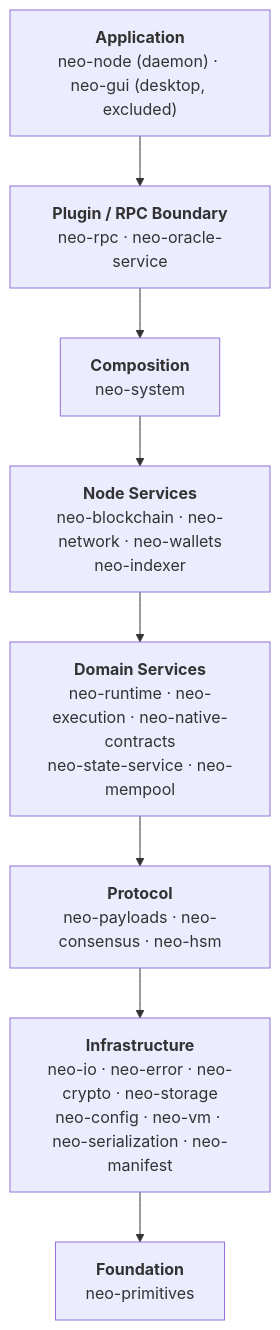
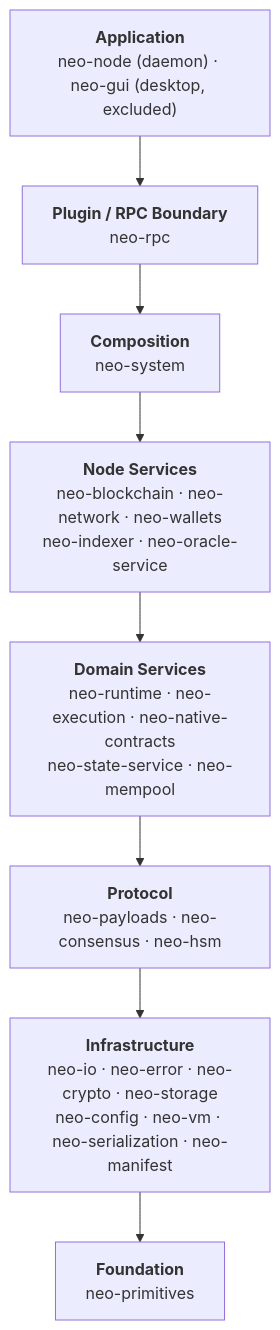
Before and after one commit to r3e-network/neo-rs: the diagram in README.md, drawn with Mermaid. The commit also changed other lines of this file and 658 other files, not shown here.

````diff
--- a/README.md
+++ b/README.md
@@ -54,12 +55,12 @@
 ```mermaid
 flowchart TD
     APP["<b>Application</b><br/>neo-node (daemon) · neo-gui (desktop, excluded)"]
-    PLUG["<b>Plugin / RPC Boundary</b><br/>neo-rpc · neo-oracle-service"]
+    PLUG["<b>Plugin / RPC Boundary</b><br/>neo-rpc"]
     COMP["<b>Composition</b><br/>neo-system"]
-    NODE["<b>Node Services</b><br/>neo-blockchain · neo-network · neo-wallets<br/>neo-indexer"]
+    NODE["<b>Node Services</b><br/>neo-blockchain · neo-network · neo-wallets<br/>neo-indexer · neo-oracle-service"]
     DOM["<b>Domain Services</b><br/>neo-runtime · neo-execution · neo-native-contracts<br/>neo-state-service · neo-mempool"]
     PROTO["<b>Protocol</b><br/>neo-payloads · neo-consensus · neo-hsm"]
     INF["<b>Infrastructure</b><br/>neo-io · neo-error · neo-crypto · neo-storage<br/>neo-config · neo-vm · neo-serialization · neo-manifest"]
     FND["<b>Foundation</b><br/>neo-primitives"]
     APP --> PLUG --> COMP --> NODE --> DOM --> PROTO --> INF --> FND
 ```
````
